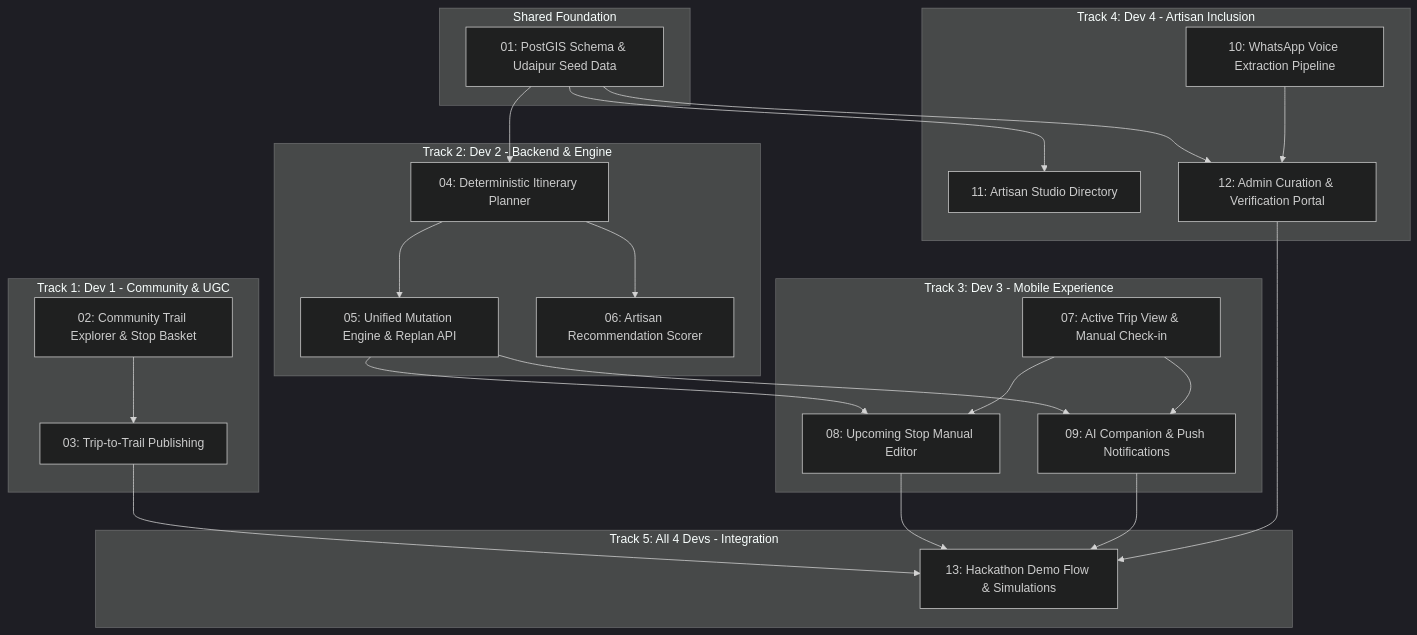
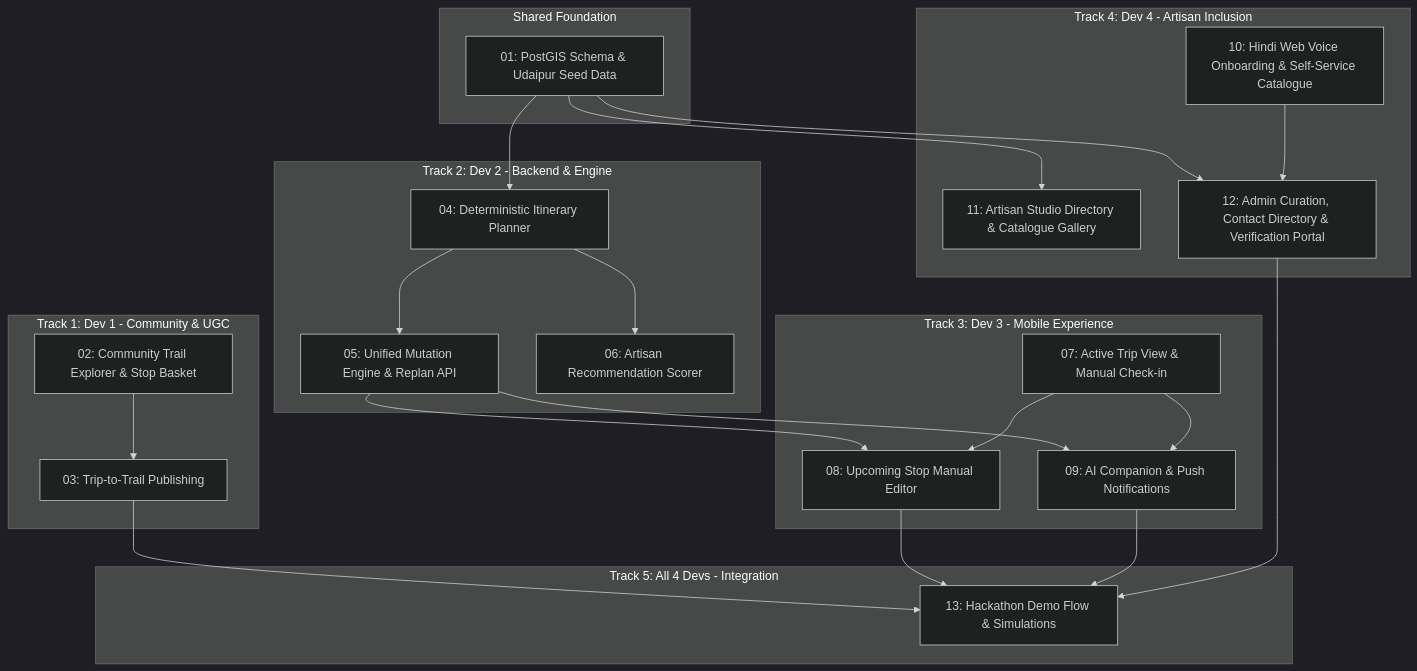
One commit to Raghavv-Saini/Trailweave changed the diagram in docs/tickets/README.md. Above: the diagram before and after it, drawn with Mermaid (dark theme). The commit also changed other lines of this file and 24 other files, not shown here.

Commit message:
docs(track-4): pivot artisan onboarding from WhatsApp to Hindi Web Voice & Catalogue Portal (ADR 0010)

````diff
--- a/docs/tickets/README.md
+++ b/docs/tickets/README.md
@@ -23,53 +23,53 @@
 ```mermaid
 graph TD
     subgraph Foundation [Shared Foundation]
         T01["01: PostGIS Schema & Udaipur Seed Data"]
     end
 
     subgraph Track1 [Track 1: Dev 1 - Community & UGC]
         T02["02: Community Trail Explorer & Stop Basket"]
         T03["03: Trip-to-Trail Publishing"]
     end
 
     subgraph Track2 [Track 2: Dev 2 - Backend & Engine]
         T04["04: Deterministic Itinerary Planner"]
         T05["05: Unified Mutation Engine & Replan API"]
         T06["06: Artisan Recommendation Scorer"]
     end
 
     subgraph Track3 [Track 3: Dev 3 - Mobile Experience]
         T07["07: Active Trip View & Manual Check-in"]
         T08["08: Upcoming Stop Manual Editor"]
         T09["09: AI Companion & Push Notifications"]
     end
 
     subgraph Track4 [Track 4: Dev 4 - Artisan Inclusion]
-        T10["10: WhatsApp Voice Extraction Pipeline"]
-        T11["11: Artisan Studio Directory"]
-        T12["12: Admin Curation & Verification Portal"]
+        T10["10: Hindi Web Voice Onboarding & Self-Service Catalogue"]
+        T11["11: Artisan Studio Directory & Catalogue Gallery"]
+        T12["12: Admin Curation, Contact Directory & Verification Portal"]
     end
 
     subgraph Integration [Track 5: All 4 Devs - Integration]
         T13["13: Hackathon Demo Flow & Simulations"]
     end
 
     T01 --> T04
     T01 --> T11
     T01 --> T12
 
     T02 --> T03
     T04 --> T05
     T04 --> T06
 
     T05 --> T08
     T07 --> T08
     T05 --> T09
     T07 --> T09
 
     T10 --> T12
 
     T03 --> T13
     T08 --> T13
     T09 --> T13
     T12 --> T13
 ```
````
